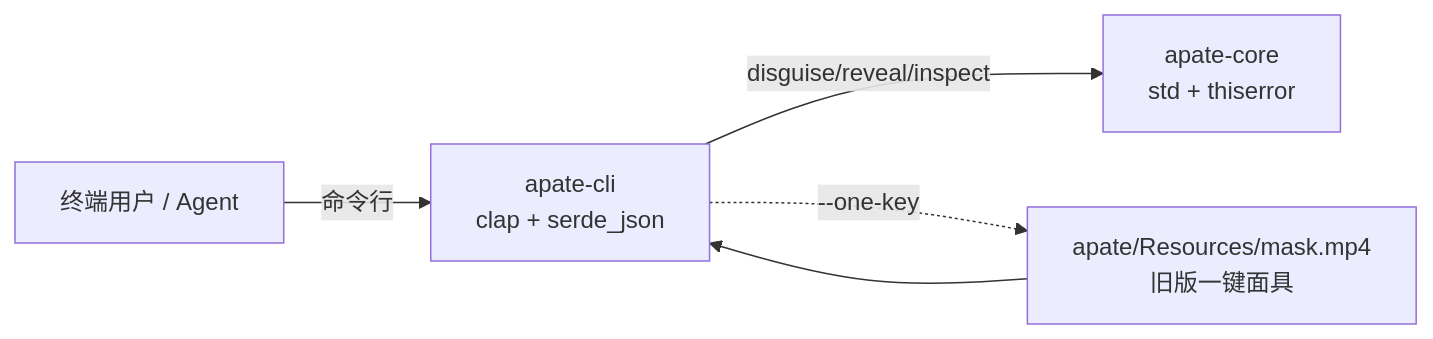
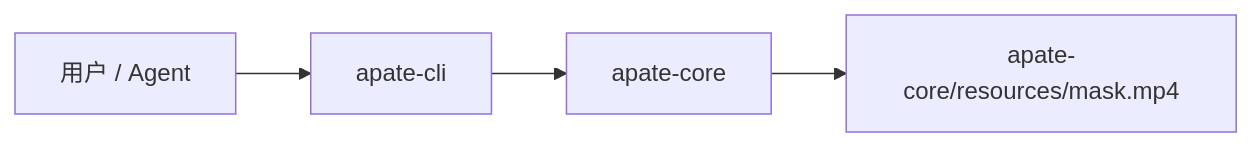
Before and after one commit to SakurajimMai/apate: the first of 3 diagrams in docs/ARCHITECTURE.md, drawn with Mermaid. The commit also changed other lines of this file and 36 other files, not shown here.

````diff
--- a/docs/ARCHITECTURE.md
+++ b/docs/ARCHITECTURE.md
@@ -32,12 +27,11 @@
 ```mermaid
 graph LR
-    User[终端用户 / Agent]
-    CLI[apate-cli<br/>clap + serde_json]
-    Core[apate-core<br/>std + thiserror]
-    Legacy[apate/Resources/mask.mp4<br/>旧版一键面具]
+    User[用户 / Agent]
+    CLI[apate-cli]
+    Core[apate-core]
+    Mask[apate-core/resources/mask.mp4]
 
-    User -->|命令行| CLI
-    CLI -->|disguise/reveal/inspect| Core
-    CLI -.->|--one-key| Legacy
-    Legacy --> CLI
+    User --> CLI
+    CLI --> Core
+    Core --> Mask
 ```
````
